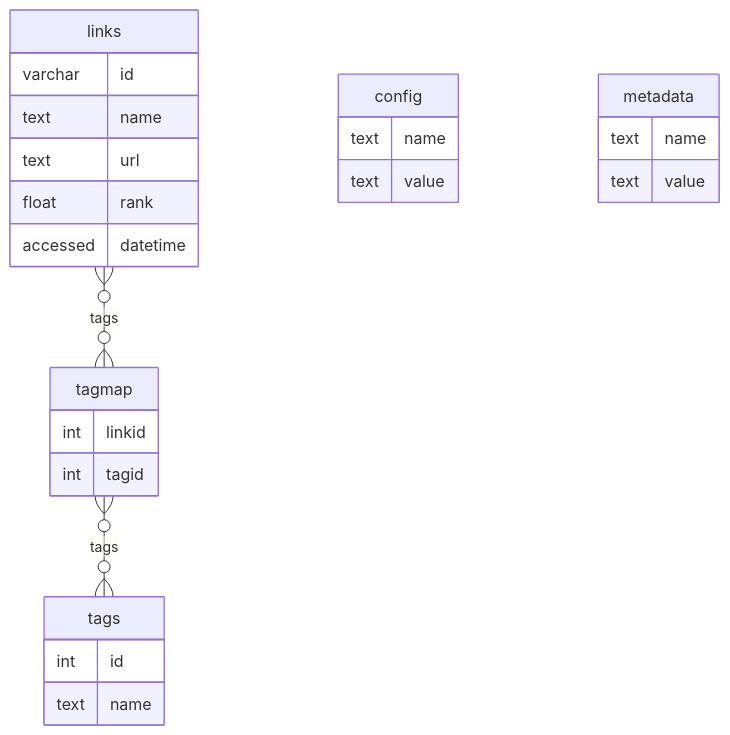
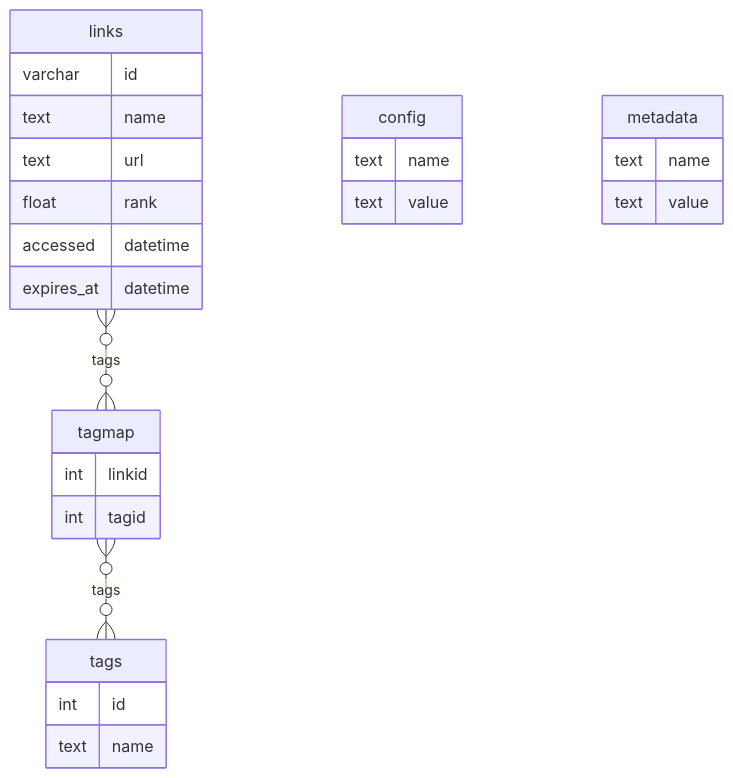
Before and after one commit to brandonleon/StartPage: the diagram in dbschema.md, drawn with Mermaid. The commit also changed other lines of this file and 19 other files, not shown here.

````diff
--- a/dbschema.md
+++ b/dbschema.md
@@ -5,35 +5,36 @@
 ``` mermaid
 erDiagram
     links }o--o{ tagmap : tags
     tagmap }o--o{ tags : tags
     config
     metadata
 
     links {
         varchar id
         text name
         text url
         float rank
         accessed datetime
+        expires_at datetime
     }
 
     config {
         text name
         text value
     }
 
     metadata {
         text name
         text value
     }
 
     tagmap {
         int linkid
         int tagid
     }
 
     tags {
         int id
         text name
     }
 ```
````
